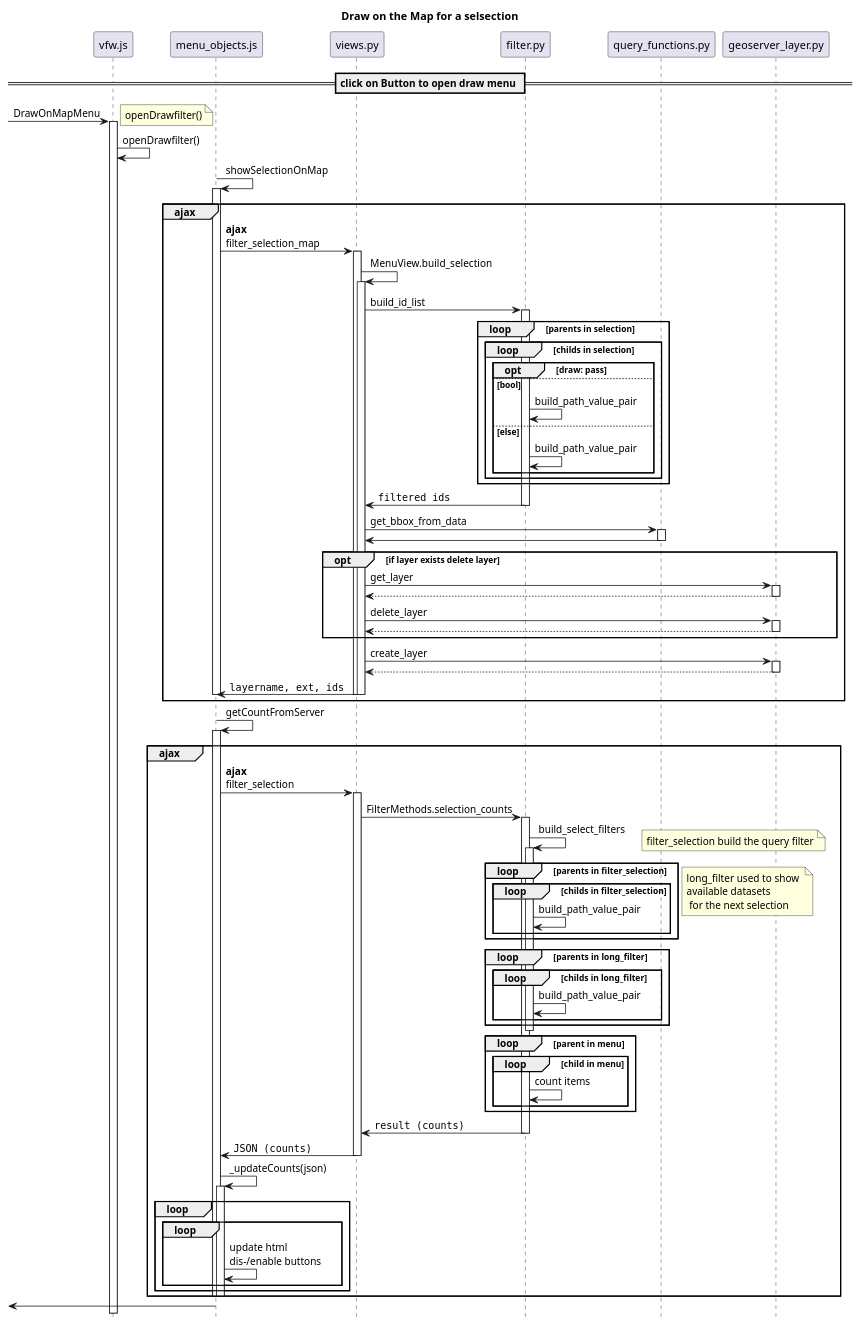
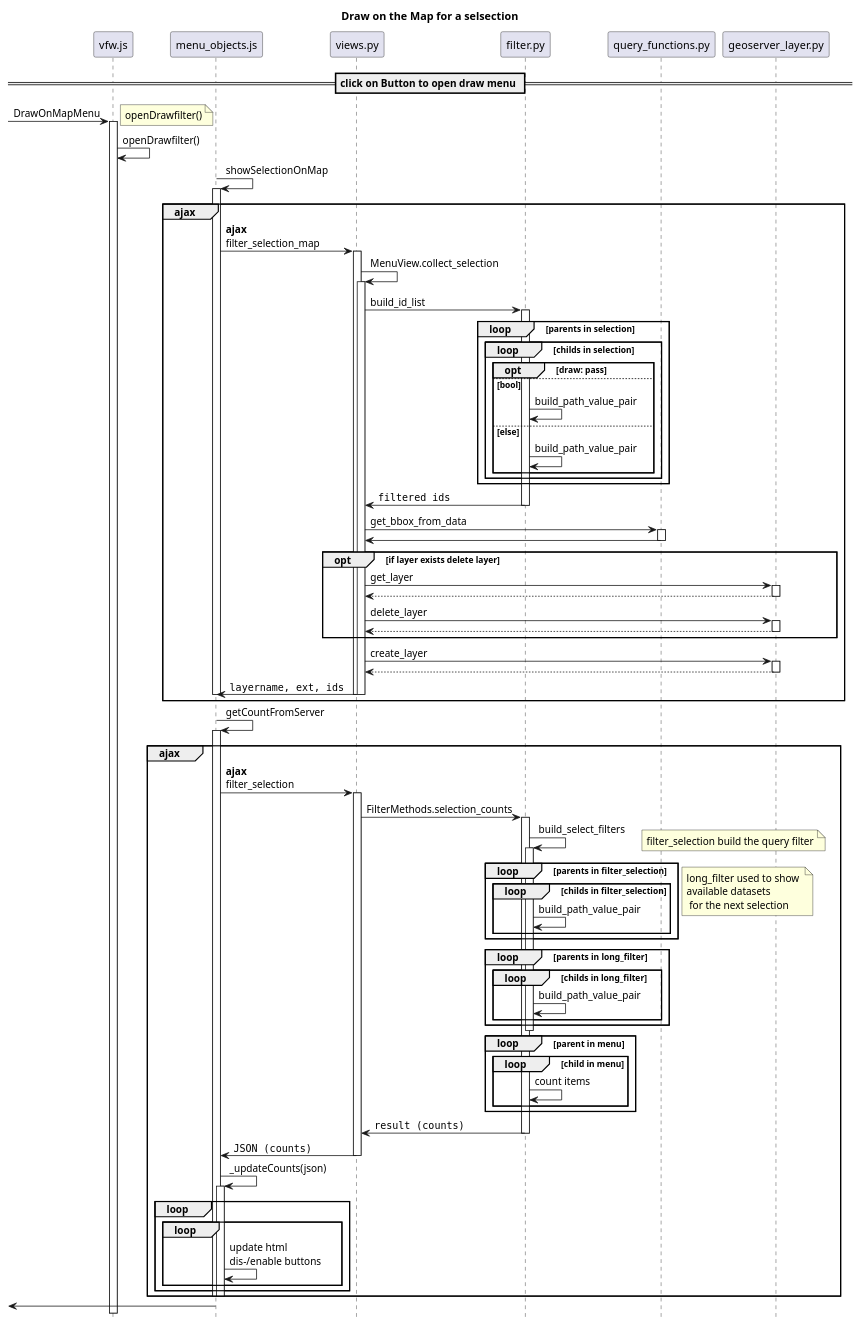
Before and after one commit to VForWaTer/vforwater-portal: the diagram in diagrams/drawOnMapMenu.puml, drawn with PlantUML. The commit also changed 4 other files, not shown here.

Commit message:
Edit some uml diagramms

```diff
--- a/diagrams/drawOnMapMenu.puml
+++ b/diagrams/drawOnMapMenu.puml
@@ -1,90 +1,90 @@
 @startuml
 title Draw on the Map for a selsection
 
 hide footbox
 
 
 == click on Button to open draw menu ==
 [-> vfw.js ++: DrawOnMapMenu
 note left: openDrawfilter()
 vfw.js -> vfw.js: openDrawfilter()
 
 
 
 
 ' checkSiblings checks what is clicked
 menu_objects.js -> menu_objects.js ++: showSelectionOnMap
 group ajax
 menu_objects.js -> views.py ++: **ajax**\nfilter_selection_map
-views.py -> views.py ++: MenuView.build_selection
+views.py -> views.py ++: MenuView.collect_selection
 views.py -> filter.py ++: build_id_list
 loop parents in selection
     loop childs in selection
         opt draw: pass
         else bool
             filter.py -> filter.py: build_path_value_pair
         else else
             filter.py -> filter.py: build_path_value_pair
         end
     end
 end
 views.py <- filter.py : ""filtered ids""
 deactivate filter.py
 views.py -> query_functions.py ++: get_bbox_from_data
 views.py <- query_functions.py --
 opt if layer exists delete layer
     views.py -> geoserver_layer.py ++: get_layer
     return
 
     views.py -> geoserver_layer.py ++: delete_layer
     return
 end
 views.py -> geoserver_layer.py ++: create_layer
 return
 menu_objects.js <- views.py --: ""layername, ext, ids""
 deactivate views.py
 deactivate menu_objects.js
 end
 
 menu_objects.js -> menu_objects.js ++: getCountFromServer
 group ajax
 menu_objects.js -> views.py ++: **ajax**\nfilter_selection
 views.py -> filter.py ++: FilterMethods.selection_counts
 filter.py -> filter.py ++: build_select_filters
 loop parents in filter_selection
 note right: filter_selection build the query filter
     loop childs in filter_selection
         filter.py -> filter.py: build_path_value_pair
     end
 end
 
 loop parents in long_filter
     loop childs in long_filter
 note left: long_filter used to show \navailable datasets\n for the next selection
         filter.py -> filter.py: build_path_value_pair
     end
 end
 deactivate filter.py
 
 loop parent in menu
     loop child in menu
         filter.py -> filter.py: count items
     end
 end
 views.py <- filter.py --: ""result (counts)""
 menu_objects.js <- views.py --: ""JSON (counts)""
 menu_objects.js -> menu_objects.js ++: _updateCounts(json)
 loop
     loop
         menu_objects.js -> menu_objects.js: update html \ndis-/enable buttons
     end
 end
 deactivate menu_objects.js
 deactivate menu_objects.js
 deactivate menu_objects.js
 end
 [<- menu_objects.js
 
 
 
 @enduml
```
